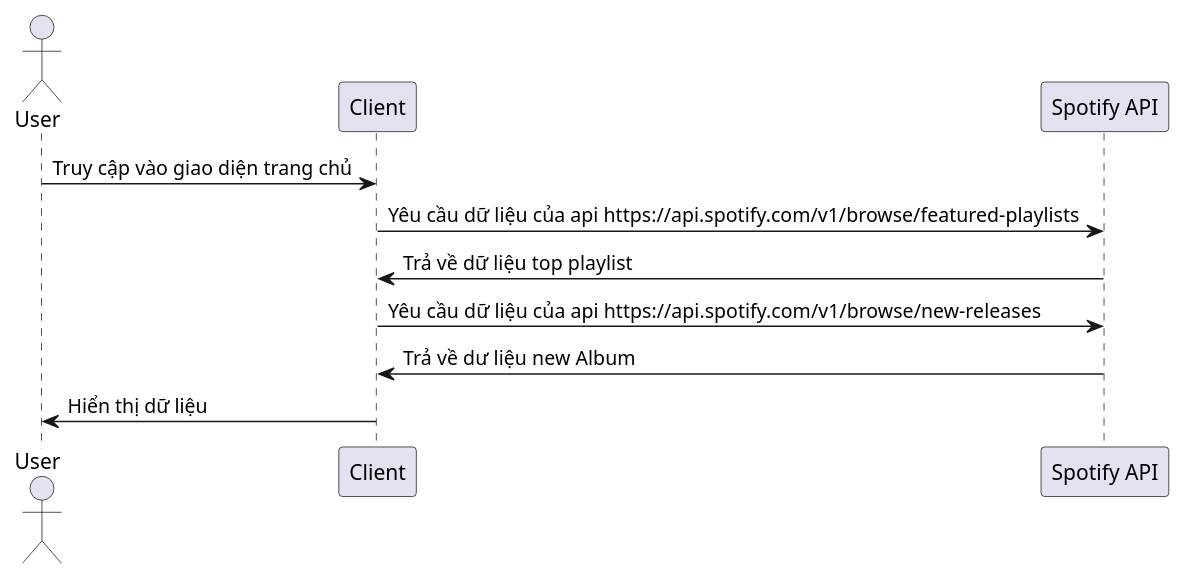
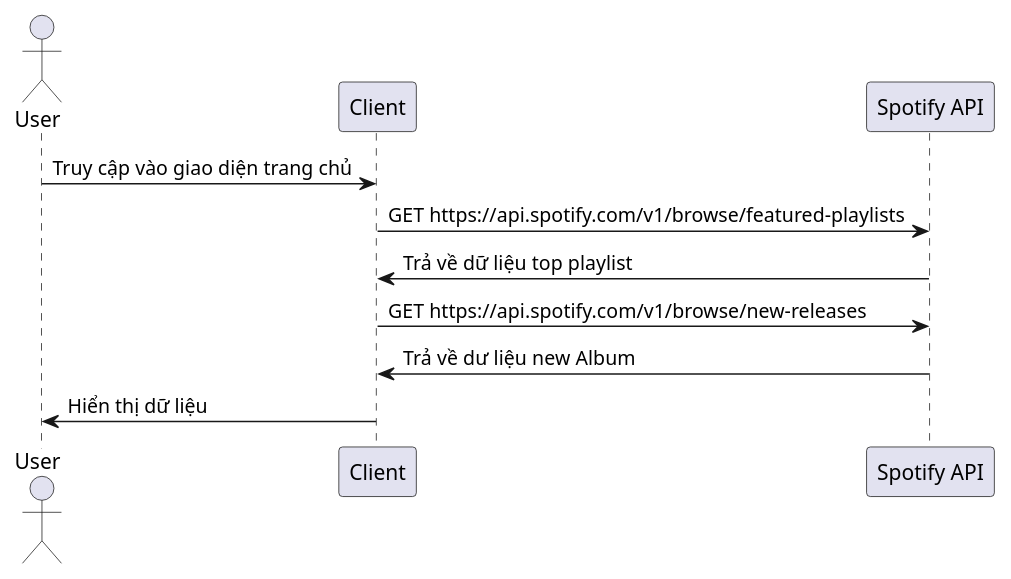
One commit to VanHuy-2904/Clone-Spotify changed the diagram in docs/umls/sequence/home.puml. Above: the diagram before and after it, drawn with PlantUML. The commit also changed 3 other files, not shown here.

Commit message:
[fix] sequence + delete disable eslint

```diff
--- a/docs/umls/sequence/home.puml
+++ b/docs/umls/sequence/home.puml
@@ -1,19 +1,19 @@
 @startuml
 actor User
 participant "Client" as Client
 participant "Spotify API" as Spotify
 
 
 
 User -> Client: Truy cập vào giao diện trang chủ
-Client -> Spotify: Yêu cầu dữ liệu của api https://api.spotify.com/v1/browse/featured-playlists
+Client -> Spotify: GET https://api.spotify.com/v1/browse/featured-playlists
 
 
 Spotify -> Client: Trả về dữ liệu top playlist
-Client -> Spotify: Yêu cầu dữ liệu của api https://api.spotify.com/v1/browse/new-releases
+Client -> Spotify: GET https://api.spotify.com/v1/browse/new-releases
 
 
 Spotify -> Client: Trả về dư liệu new Album 
 Client -> User: Hiển thị dữ liệu
 
 @enduml
```
